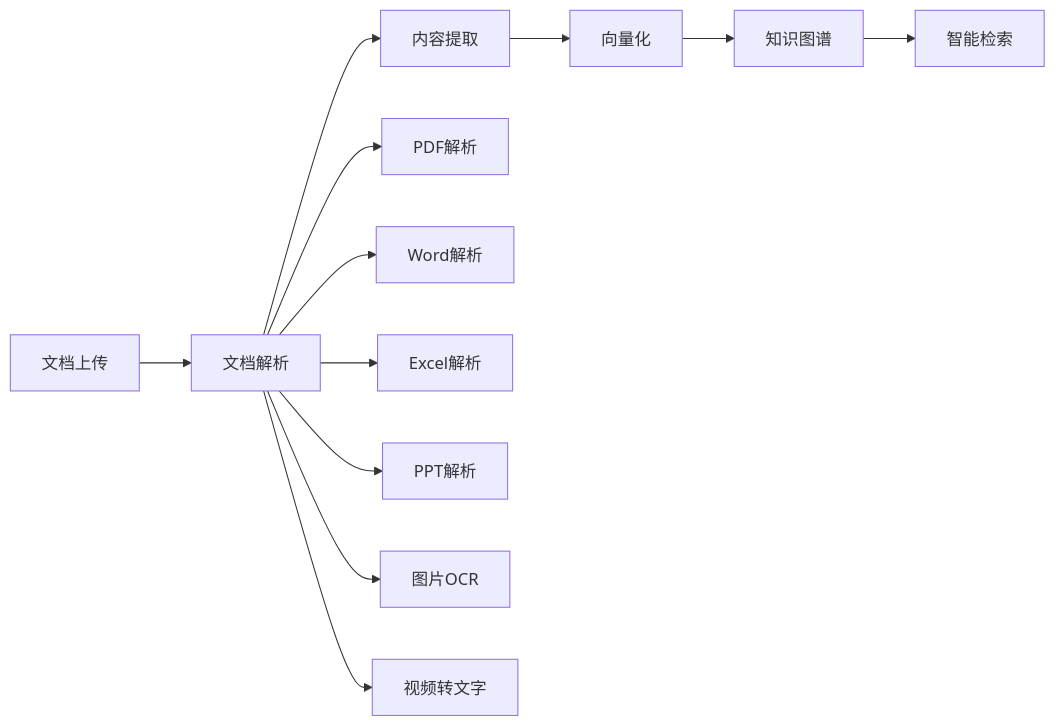
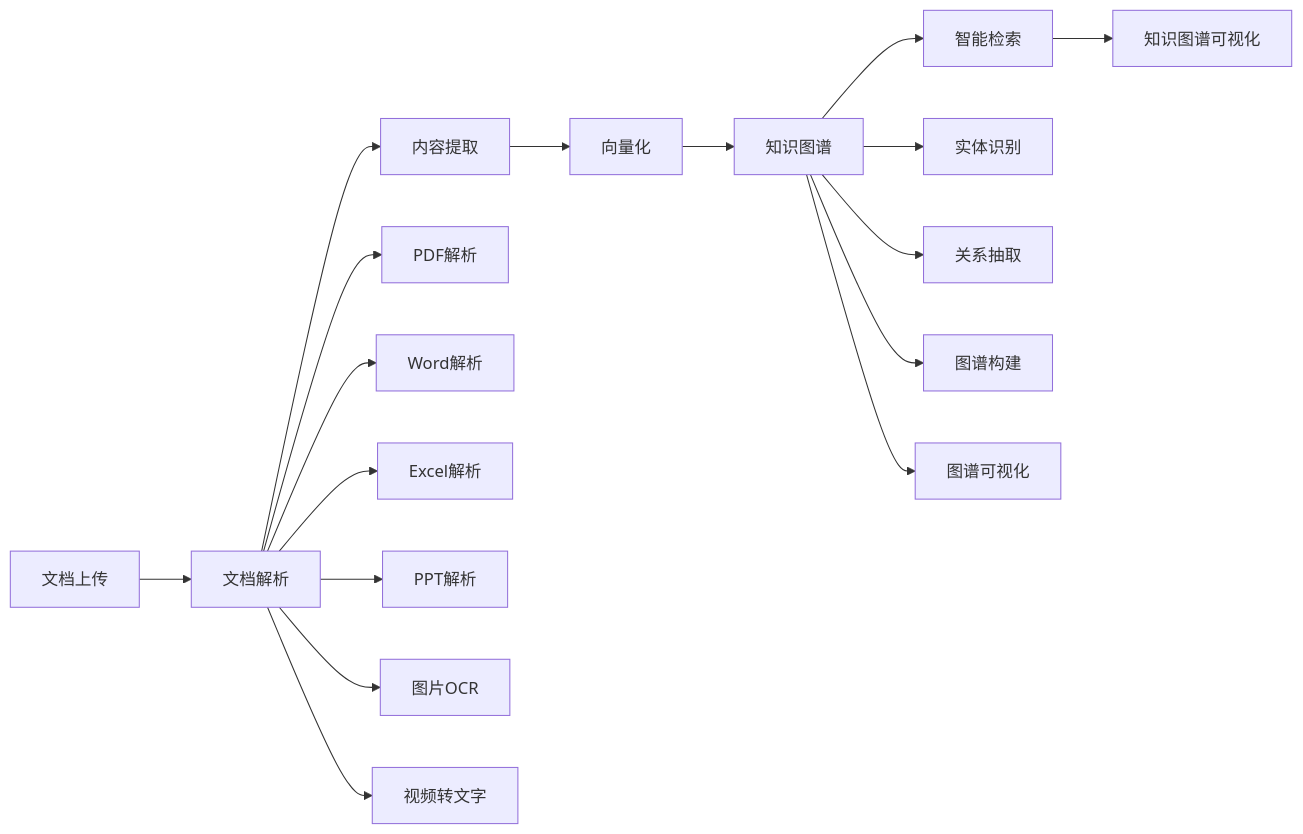
The second of 11 diagrams in docs/产品设计文档.md (Mota-TD/mota), drawn with Mermaid before and after one commit. The commit also changed other lines of this file and 428 other files, not shown here.

````diff
--- a/docs/产品设计文档.md
+++ b/docs/产品设计文档.md
@@ -304,15 +528,21 @@
 ```mermaid
 graph LR
     A[文档上传] --> B[文档解析]
     B --> C[内容提取]
     C --> D[向量化]
     D --> E[知识图谱]
     E --> F[智能检索]
+    F --> G[知识图谱可视化]
     
     B --> B1[PDF解析]
     B --> B2[Word解析]
     B --> B3[Excel解析]
     B --> B4[PPT解析]
     B --> B5[图片OCR]
     B --> B6[视频转文字]
+    
+    E --> E1[实体识别]
+    E --> E2[关系抽取]
+    E --> E3[图谱构建]
+    E --> E4[图谱可视化]
 ```
````
